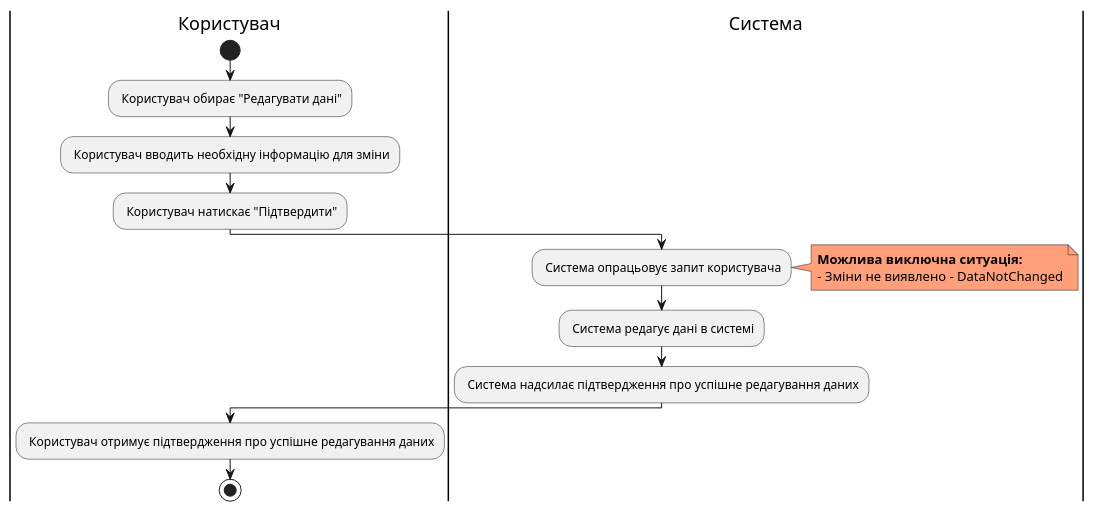
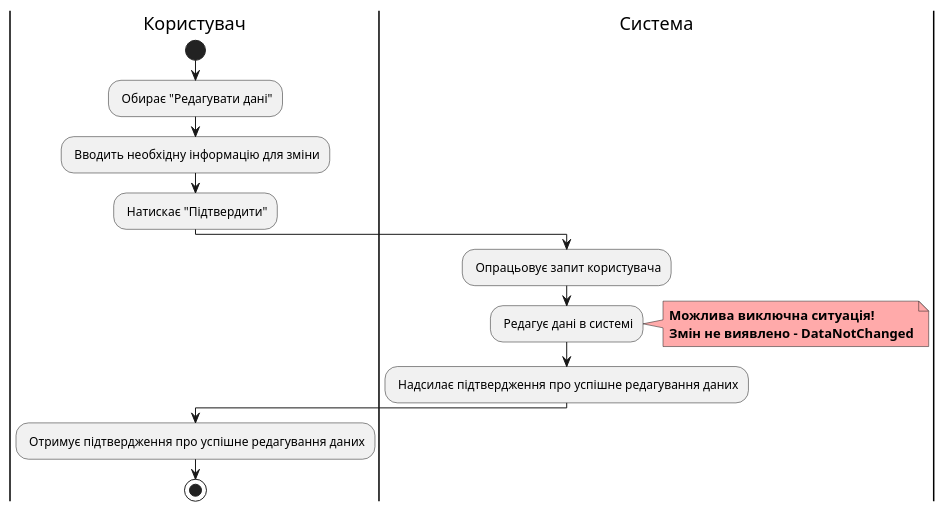
Before and after one commit to watashone/db-labs: the eighth of 17 diagrams in docs/use cases/README.md, drawn with PlantUML. The commit also changed other lines of this file, not shown here.

````diff
--- a/docs/use cases/README.md
+++ b/docs/use cases/README.md
@@ -252,23 +250,20 @@
 ```plantuml
 @startuml
-|Користувач|
-start
-: Користувач обирає "Редагувати дані";
-: Користувач вводить необхідну інформацію для зміни;
-: Користувач натискає "Підтвердити";
-
-|Система|
-: Система опрацьовує запит користувача;
-note right #ffa07a
-<b>Можлива виключна ситуація:</b>
-- Зміни не виявлено - DataNotChanged
-end note
-: Система редагує дані в системі;
-: Система надсилає підтвердження про успішне редагування даних;
-
-|Користувач|
-: Користувач отримує підтвердження про успішне редагування даних;
-stop
+    |Користувач|
+        start
+        : Обирає "Редагувати дані";
+        : Вводить необхідну інформацію для зміни;
+        : Натискає "Підтвердити";
+    |Система|
+        : Опрацьовує запит користувача;
+        : Редагує дані в системі;
+        note right #ffaaaa
+        <b>Можлива виключна ситуація!</b>
+        <b>Змін не виявлено - DataNotChanged</b>
+        end note
+        : Надсилає підтвердження про успішне редагування даних;
+    |Користувач|
+        : Отримує підтвердження про успішне редагування даних;
+        stop
 @enduml
-
 ```
````
